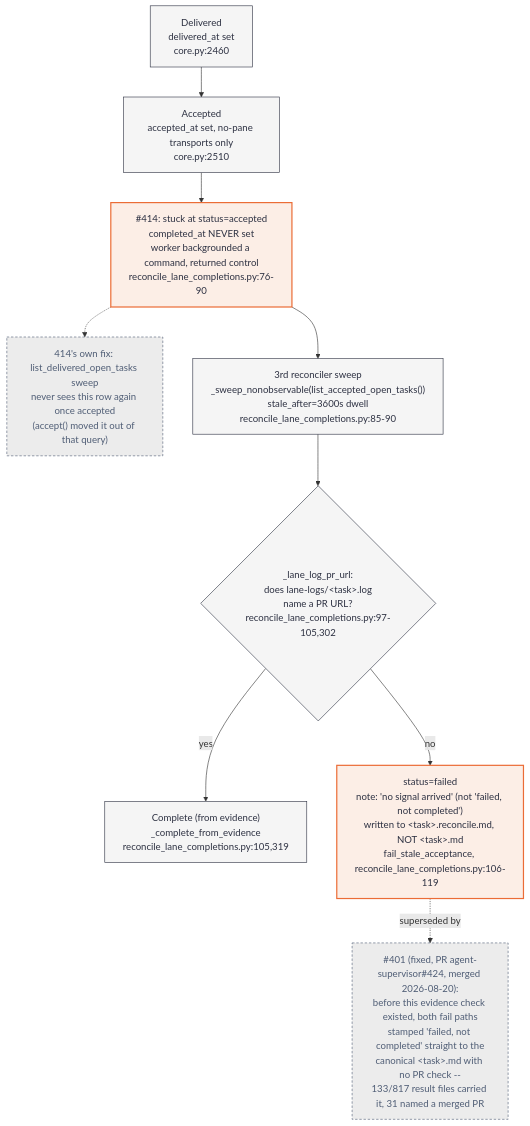
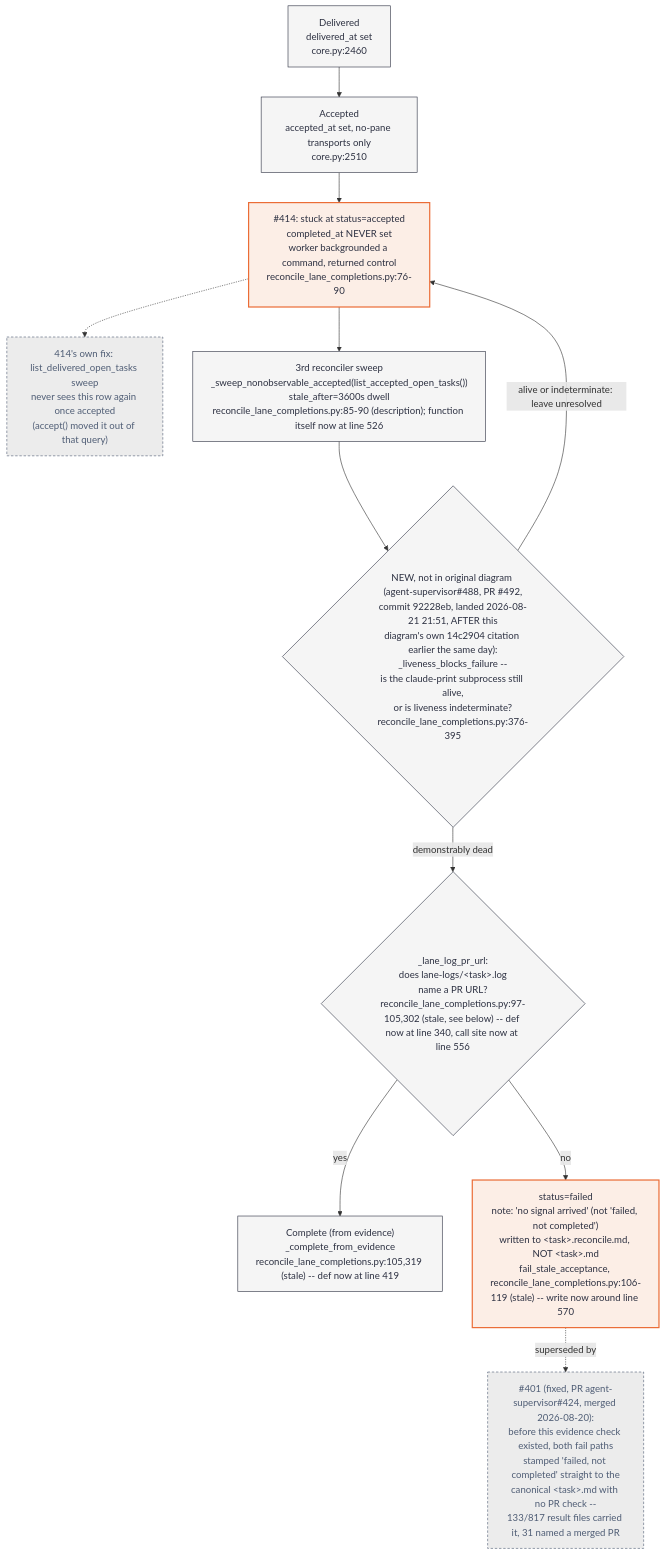
Before and after one commit to jonhill90/agent-estate: the second of 5 diagrams in docs/diagrams/dispatch-path.md, drawn with Mermaid. The commit also changed other lines of this file and 9 other files, not shown here.

````diff
--- a/docs/diagrams/dispatch-path.md
+++ b/docs/diagrams/dispatch-path.md
@@ -98,28 +123,31 @@
 ```mermaid
 flowchart TD
     classDef focal fill:#fceee6,stroke:#eb6c36,color:#2d3142,stroke-width:2px
     classDef normal fill:#f5f5f5,stroke:#2d3142,color:#2d3142
     classDef muted fill:#ececec,stroke:#4f5d75,color:#4f5d75
     classDef historical fill:#ececec,stroke:#4f5d75,color:#4f5d75,stroke-dasharray: 4 3
 
     Delivered["Delivered<br/>delivered_at set<br/>core.py:2460"]
     Accepted["Accepted<br/>accepted_at set, no-pane transports only<br/>core.py:2510"]
     StuckAccepted["#414: stuck at status=accepted<br/>completed_at NEVER set<br/>worker backgrounded a command, returned control<br/>reconcile_lane_completions.py:76-90"]
     OldSweep["414's own fix: list_delivered_open_tasks sweep<br/>never sees this row again once accepted<br/>(accept() moved it out of that query)"]
-    Sweep3["3rd reconciler sweep<br/>_sweep_nonobservable(list_accepted_open_tasks())<br/>stale_after=3600s dwell<br/>reconcile_lane_completions.py:85-90"]
-    Evidence{"_lane_log_pr_url:<br/>does lane-logs/&lt;task&gt;.log<br/>name a PR URL?<br/>reconcile_lane_completions.py:97-105,302"}
-    CompleteEvidence["Complete (from evidence)<br/>_complete_from_evidence<br/>reconcile_lane_completions.py:105,319"]
-    FailReconcile["status=failed<br/>note: 'no signal arrived' (not 'failed, not completed')<br/>written to &lt;task&gt;.reconcile.md, NOT &lt;task&gt;.md<br/>fail_stale_acceptance, reconcile_lane_completions.py:106-119"]
+    Sweep3["3rd reconciler sweep<br/>_sweep_nonobservable_accepted(list_accepted_open_tasks())<br/>stale_after=3600s dwell<br/>reconcile_lane_completions.py:85-90 (description); function itself now at line 526"]
+    Liveness{"NEW, not in original diagram (agent-supervisor#488, PR #492,<br/>commit 92228eb, landed 2026-08-21 21:51, AFTER this<br/>diagram's own 14c2904 citation earlier the same day):<br/>_liveness_blocks_failure --<br/>is the claude-print subprocess still alive,<br/>or is liveness indeterminate?<br/>reconcile_lane_completions.py:376-395"}
+    Evidence{"_lane_log_pr_url:<br/>does lane-logs/&lt;task&gt;.log<br/>name a PR URL?<br/>reconcile_lane_completions.py:97-105,302 (stale, see below) -- def now at line 340, call site now at line 556"}
+    CompleteEvidence["Complete (from evidence)<br/>_complete_from_evidence<br/>reconcile_lane_completions.py:105,319 (stale) -- def now at line 419"]
+    FailReconcile["status=failed<br/>note: 'no signal arrived' (not 'failed, not completed')<br/>written to &lt;task&gt;.reconcile.md, NOT &lt;task&gt;.md<br/>fail_stale_acceptance, reconcile_lane_completions.py:106-119 (stale) -- write now around line 570"]
     Historical["#401 (fixed, PR agent-supervisor#424, merged 2026-08-20):<br/>before this evidence check existed, both fail paths<br/>stamped 'failed, not completed' straight to the<br/>canonical &lt;task&gt;.md with no PR check --<br/>133/817 result files carried it, 31 named a merged PR"]
 
     Delivered --> Accepted --> StuckAccepted
     StuckAccepted -.-> OldSweep
-    StuckAccepted --> Sweep3 --> Evidence
+    StuckAccepted --> Sweep3 --> Liveness
+    Liveness -->|"alive or indeterminate: leave unresolved"| StuckAccepted
+    Liveness -->|"demonstrably dead"| Evidence
     Evidence -->|"yes"| CompleteEvidence
     Evidence -->|"no"| FailReconcile
     FailReconcile -.->|superseded by| Historical
 
     class StuckAccepted,FailReconcile focal
-    class Delivered,Accepted,Sweep3,Evidence,CompleteEvidence normal
+    class Delivered,Accepted,Sweep3,Evidence,CompleteEvidence,Liveness normal
     class OldSweep,Historical historical
 ```
````
